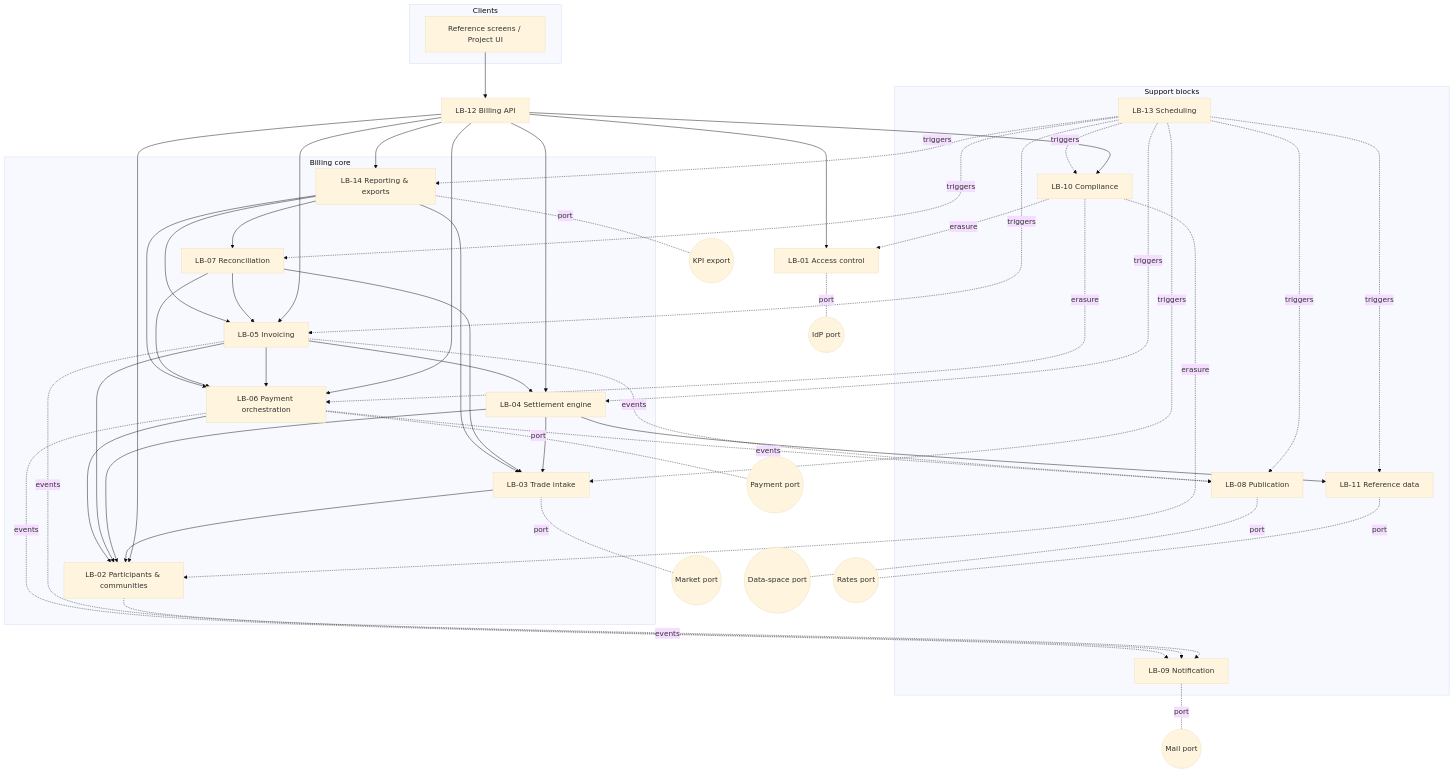
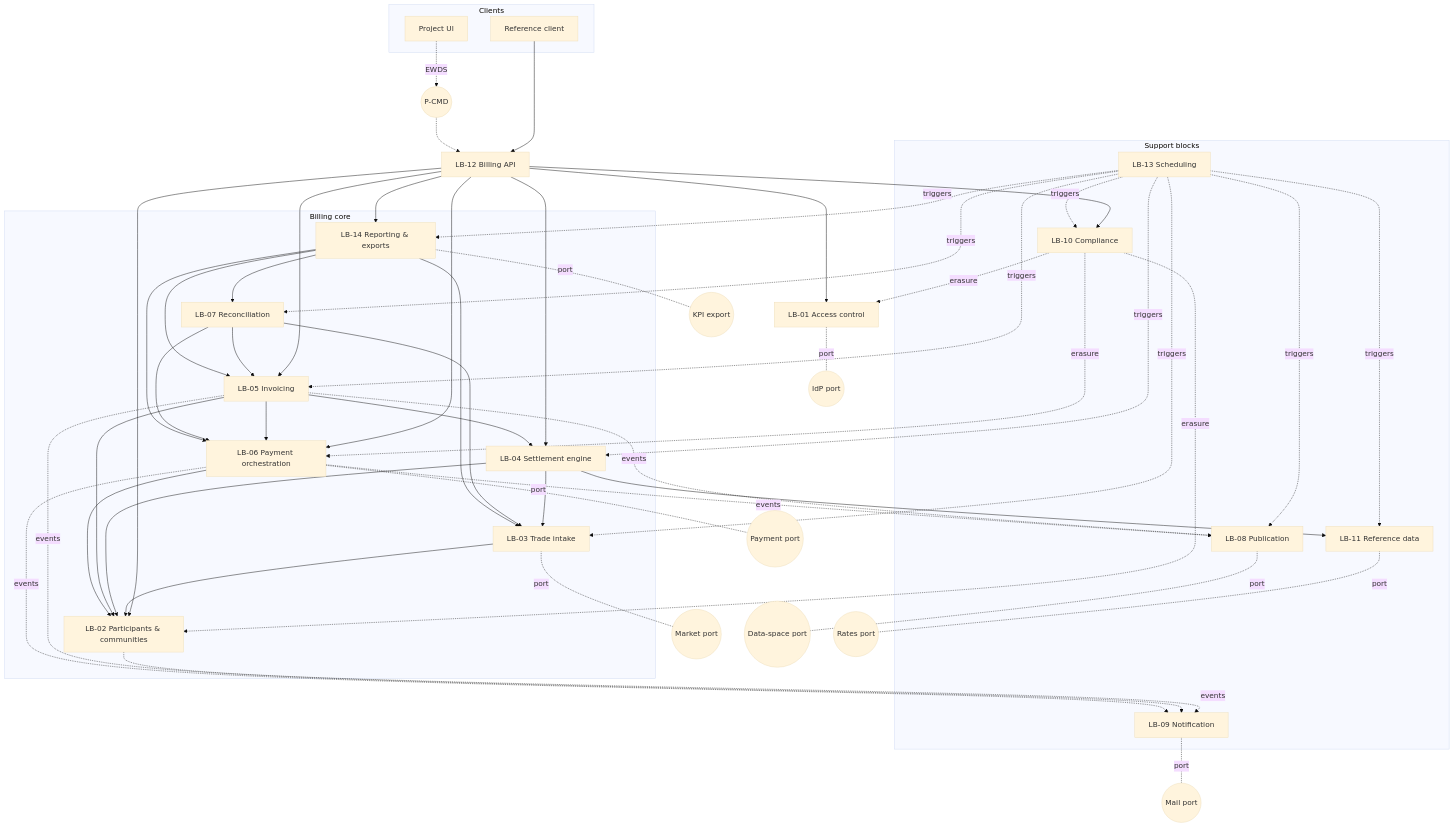
Before and after one commit to blooo-io/intelligent-eu-bps-source: the fourth of 10 diagrams in docs/architecture/02-logical-architecture.md, drawn with Mermaid (base theme). The commit also changed other lines of this file and 96 other files, not shown here.

````diff
--- a/docs/architecture/02-logical-architecture.md
+++ b/docs/architecture/02-logical-architecture.md
@@ -105,45 +113,48 @@
 ```mermaid
 %% elk %%
 flowchart TB
   subgraph Clients
-    UI[Reference screens / Project UI]
+    UI[Reference client]
+    PUI[Project UI]
   end
   API[LB-12 Billing API]
   IAM[LB-01 Access control]
   subgraph Core[Billing core]
     PCM[LB-02 Participants & communities]
     TIN[LB-03 Trade intake]
     SET[LB-04 Settlement engine]
     INV[LB-05 Invoicing]
     PAY[LB-06 Payment orchestration]
     REC[LB-07 Reconciliation]
     RPT[LB-14 Reporting & exports]
   end
   subgraph Support[Support blocks]
     PUB[LB-08 Publication]
     NOT[LB-09 Notification]
     CMP[LB-10 Compliance]
     REF[LB-11 Reference data]
     JOB[LB-13 Scheduling]
   end
   UI --> API
+  PUI -. EWDS .-> P_CMD((P-CMD))
+  P_CMD -.-> API
   API --> IAM
   API --> PCM & SET & INV & PAY & RPT & CMP
   TIN --> PCM
   SET --> TIN & PCM & REF
   INV --> SET & PCM & PAY
   PAY --> PCM
   REC --> INV & PAY & TIN
   RPT --> INV & PAY & TIN & REC
   JOB -. triggers .-> TIN & SET & INV & REC & RPT & PUB & CMP & REF
   INV & PAY -. events .-> PUB
   PCM & INV & PAY -. events .-> NOT
   CMP -. erasure .-> PCM & PAY & IAM
   IAM -. port .- P_IDP((IdP port))
   TIN -. port .- P_MKT((Market port))
   PUB -. port .- P_DS((Data-space port))
   PAY -. port .- P_PSP((Payment port))
   REF -. port .- P_FX((Rates port))
   NOT -. port .- P_MAIL((Mail port))
   RPT -. port .- P_KPI((KPI export))
 ```
````
